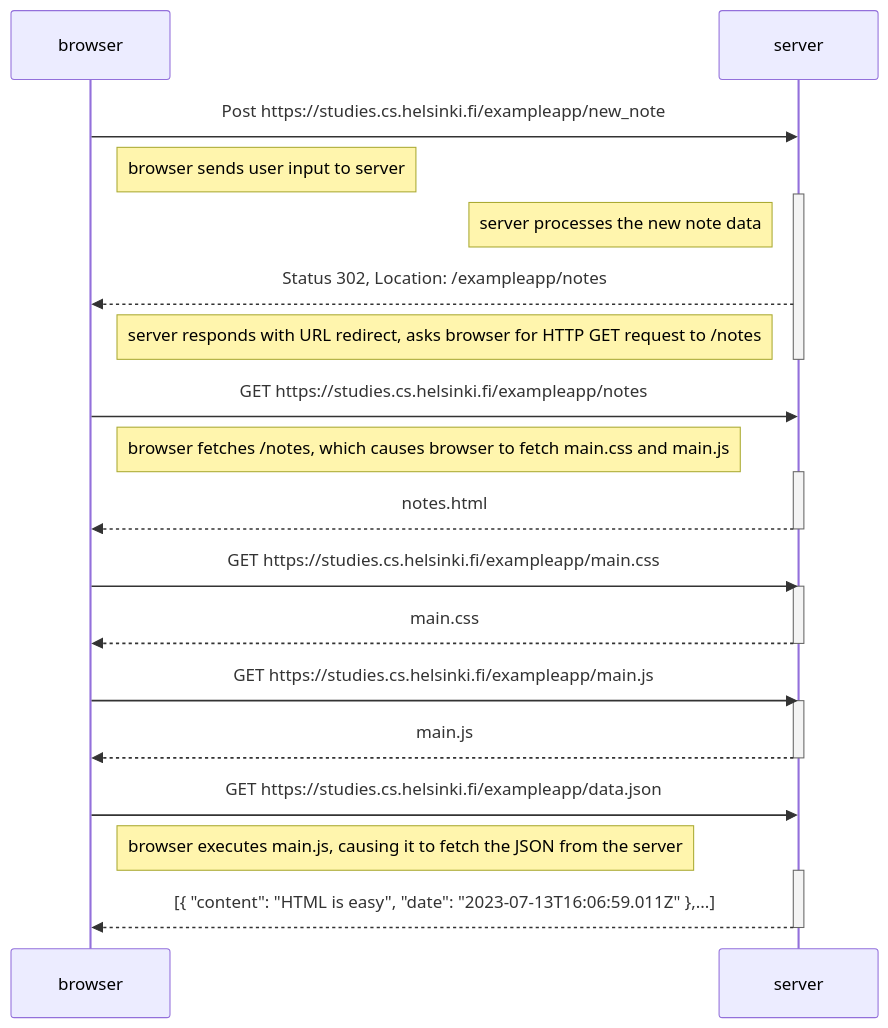
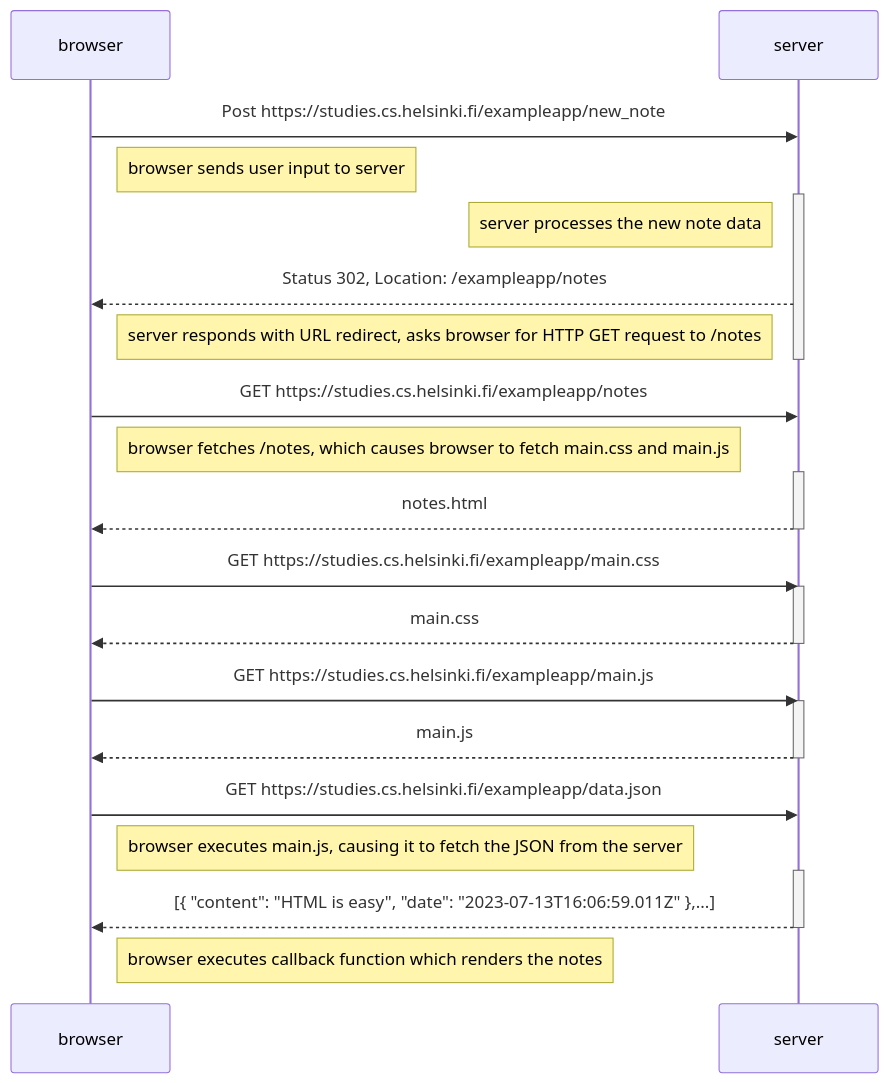
Before and after one commit to WMCS50/fso-part0: the diagram in 0.4-new-note-diagram - Copy.md, drawn with Mermaid.

Commit message:
Update 0.4-new-note-diagram - Copy.md

````diff
--- a/0.4-new-note-diagram - Copy.md
+++ b/0.4-new-note-diagram - Copy.md
@@ -1,35 +1,37 @@
 ```mermaid
     sequenceDiagram
         participant browser
         participant server
 
 browser->>server: Post https://studies.cs.helsinki.fi/exampleapp/new_note
         Note right of browser: browser sends user input to server
         activate server
         Note left of server: server processes the new note data
         server-->>browser: Status 302, Location: /exampleapp/notes
         Note left of server: server responds with URL redirect, asks browser for HTTP GET request to /notes
         deactivate server
         
         browser->>server: GET https://studies.cs.helsinki.fi/exampleapp/notes
         Note right of browser: browser fetches /notes, which causes browser to fetch main.css and main.js
         activate server
         server-->>browser: notes.html
         deactivate server
             
         browser->>server: GET https://studies.cs.helsinki.fi/exampleapp/main.css
         activate server
         server-->>browser: main.css
         deactivate server
         
         browser->>server: GET https://studies.cs.helsinki.fi/exampleapp/main.js
         activate server
         server-->>browser: main.js
         deactivate server
 
         browser->>server: GET https://studies.cs.helsinki.fi/exampleapp/data.json
         Note right of browser: browser executes main.js, causing it to fetch the JSON from the server
         activate server
         server-->>browser: [{ "content": "HTML is easy", "date": "2023-07-13T16:06:59.011Z" },...]
         deactivate server
+
+        Note right of browser: browser executes callback function which renders the notes
 ```
````
